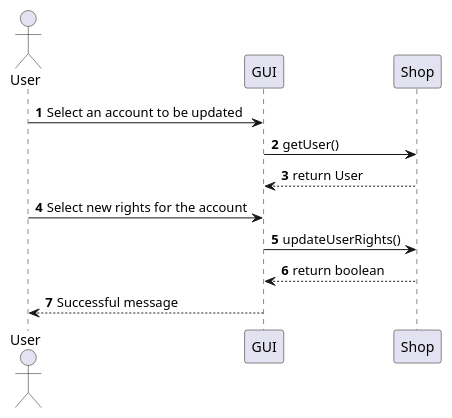
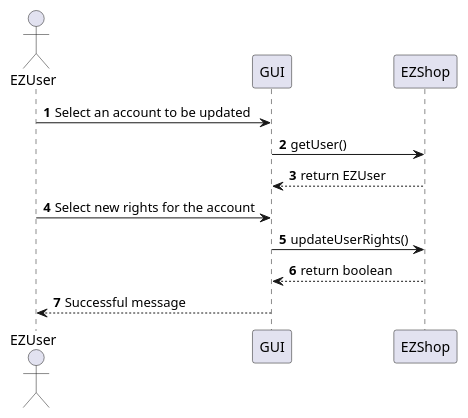
One commit to Stormz4/group20-EzShop changed the ninth of 24 diagrams in Deliverables/DesignDocument.md. Above: the diagram before and after it, drawn with PlantUML. The commit also changed other lines of this file and 3 other files, not shown here.

````diff
--- a/Deliverables/DesignDocument.md
+++ b/Deliverables/DesignDocument.md
@@ -490,13 +487,13 @@
 ```plantuml
 @startuml
-Actor User
+Actor EZUser
 autonumber
-User -> GUI: Select an account to be updated
-GUI -> Shop: getUser()
-Shop --> GUI: return User
-User -> GUI: Select new rights for the account
-GUI -> Shop: updateUserRights()
-Shop --> GUI: return boolean
-GUI --> User: Successful message
+EZUser -> GUI: Select an account to be updated
+GUI -> EZShop: getUser()
+EZShop --> GUI: return EZUser
+EZUser -> GUI: Select new rights for the account
+GUI -> EZShop: updateUserRights()
+EZShop --> GUI: return boolean
+GUI --> EZUser: Successful message
 @enduml
 ```
````
